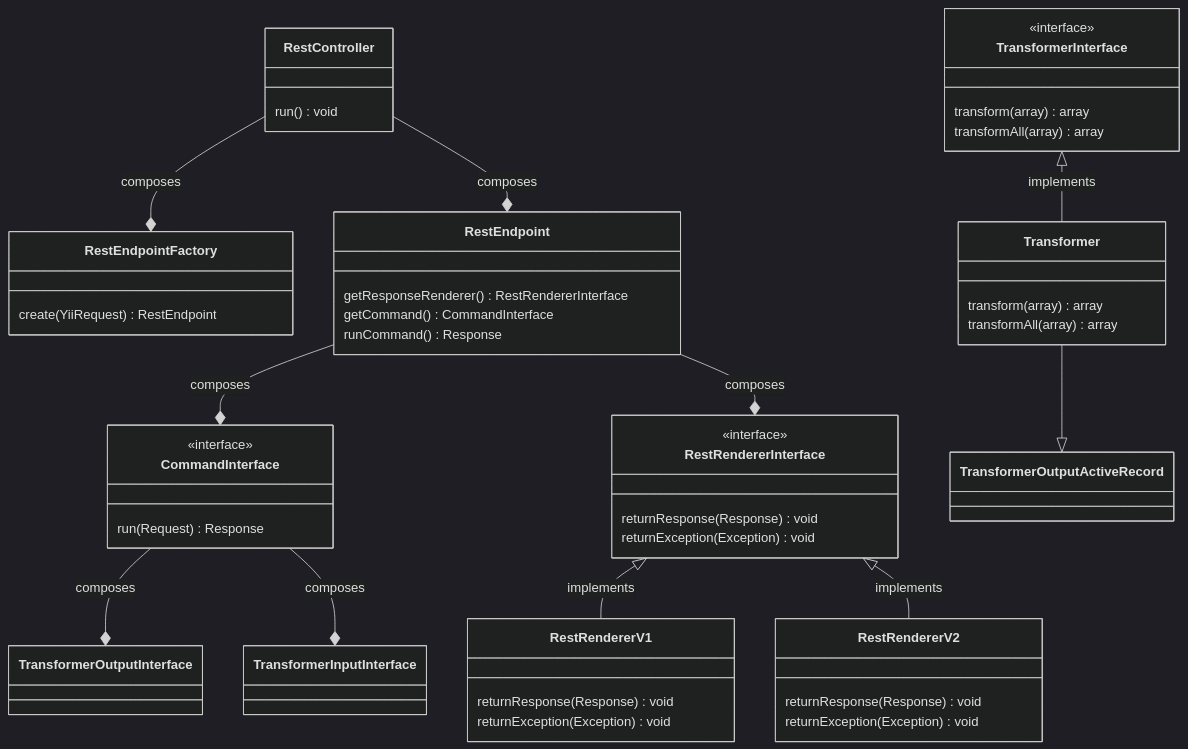
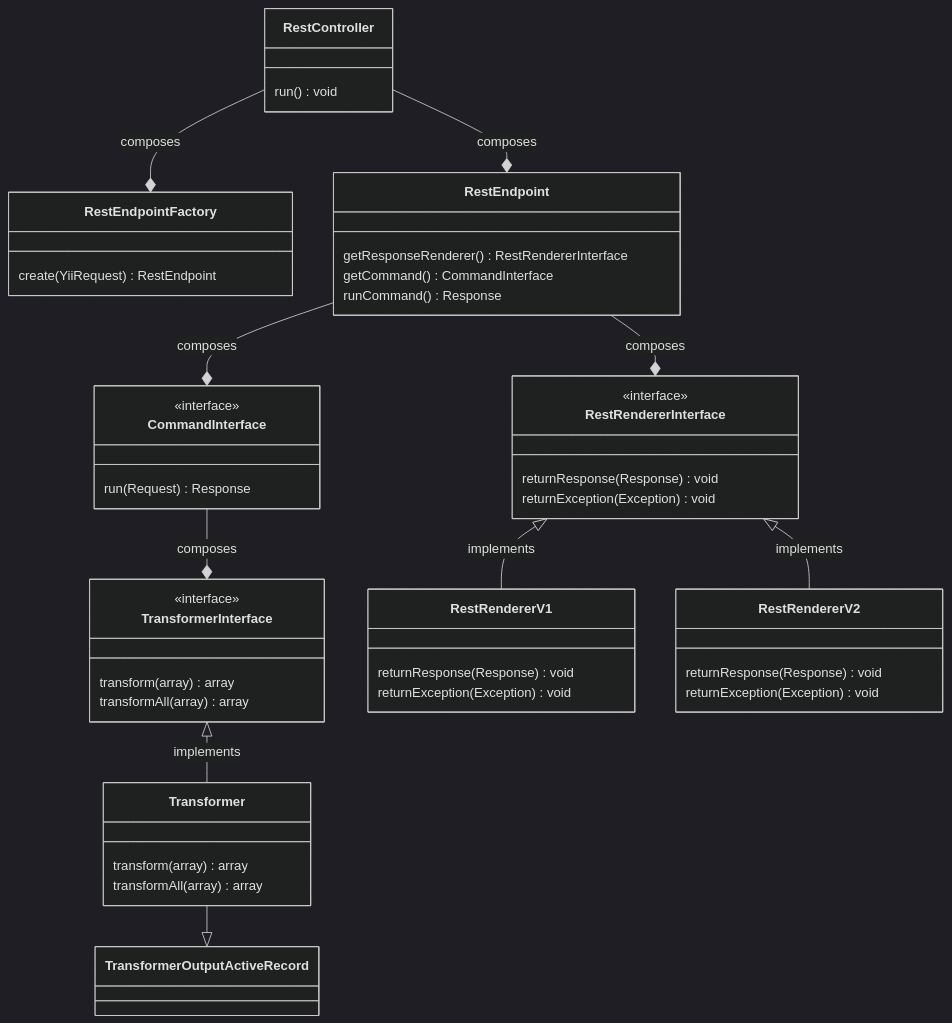
One commit to LimeSurvey/LimeSurvey changed the diagram in docs/mermaid/rest-api.mermaid. Above: the diagram before and after it, drawn with Mermaid (dark theme). The commit also changed other lines of this file, not shown here.

Commit message:
Update REST API mermaid docs

```diff
--- a/docs/mermaid/rest-api.mermaid
+++ b/docs/mermaid/rest-api.mermaid
@@ -1,52 +1,52 @@
 classDiagram
 
 class RestController
 RestController --* RestEndpointFactory : composes
 RestController --* RestEndpoint : composes
 RestController : run() void
 
 class RestEndpointFactory
 RestEndpointFactory : create(YiiRequest) RestEndpoint
 
 class RestEndpoint
 RestEndpoint --* CommandInterface : composes
 RestEndpoint --* RestRendererInterface : composes
 RestEndpoint : getResponseRenderer() RestRendererInterface
 RestEndpoint : getCommand() CommandInterface
 RestEndpoint : runCommand() Response
 
 class CommandInterface
 <<interface>> CommandInterface
-CommandInterface --* TransformerOutputInterface : composes
-CommandInterface --* TransformerInputInterface : composes
+
+CommandInterface --* TransformerInterface : composes
 CommandInterface : run(Request) Response
 
 
 class RestRendererInterface
 <<interface>> RestRendererInterface
 RestRendererInterface : returnResponse(Response) void
 RestRendererInterface : returnException(Exception) void
 
 class RestRendererV1
 RestRendererInterface <|-- RestRendererV1 : implements
 RestRendererV1 : returnResponse(Response) void
 RestRendererV1 : returnException(Exception) void
 
 class RestRendererV2
 RestRendererInterface <|-- RestRendererV2 : implements
 RestRendererV2 : returnResponse(Response) void
 RestRendererV2 : returnException(Exception) void
 
 class TransformerInterface
 <<interface>> TransformerInterface
 TransformerInterface : transform(array) array
 TransformerInterface : transformAll(array) array
 
 
 class Transformer
 TransformerInterface <|-- Transformer : implements
 Transformer : transform(array) array
 Transformer : transformAll(array) array
 
 class TransformerOutputActiveRecord
 Transformer --|> TransformerOutputActiveRecord
```
